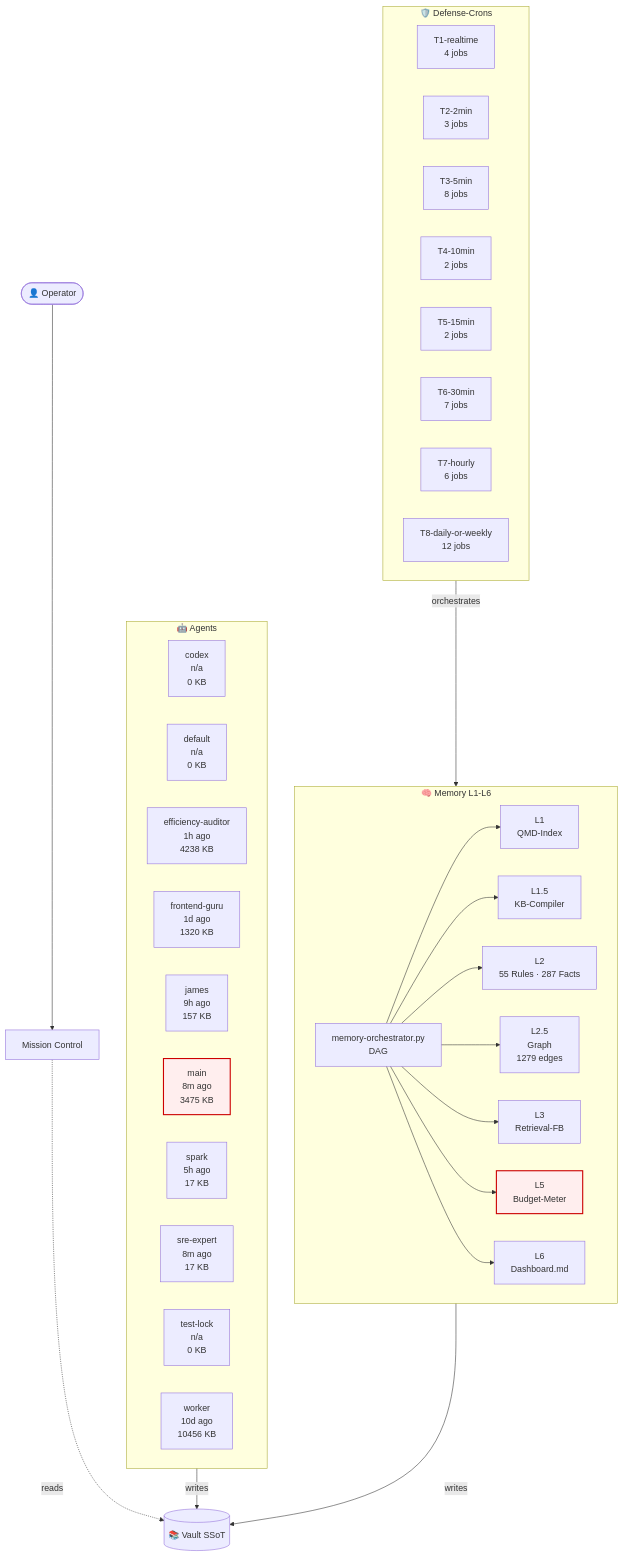
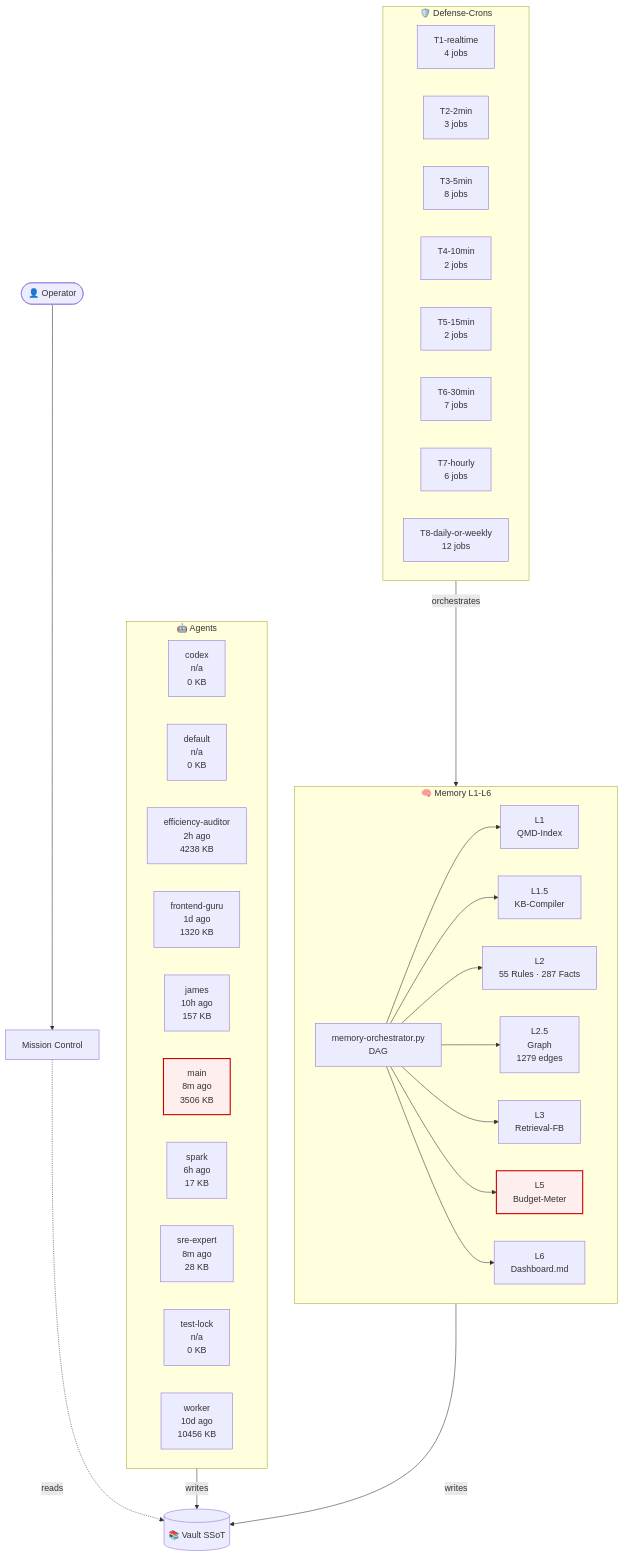
Before and after one commit to lenardhuebner88-rgb/openclaw-memory: the diagram in 03-Agents/architecture-live.md, drawn with Mermaid. The commit also changed other lines of this file and 12 other files, not shown here.

````diff
--- a/03-Agents/architecture-live.md
+++ b/03-Agents/architecture-live.md
@@ -18,53 +18,53 @@
 ```mermaid
 flowchart TB
     classDef critical fill:#fee,stroke:#c00,stroke-width:2px;
     subgraph AGT["🤖 Agents"]
         agent_codex["codex<br/>n/a<br/>0 KB"]
         agent_default["default<br/>n/a<br/>0 KB"]
-        agent_efficiency_auditor["efficiency-auditor<br/>1h ago<br/>4238 KB"]
+        agent_efficiency_auditor["efficiency-auditor<br/>2h ago<br/>4238 KB"]
         agent_frontend_guru["frontend-guru<br/>1d ago<br/>1320 KB"]
-        agent_james["james<br/>9h ago<br/>157 KB"]
-        agent_main["main<br/>8m ago<br/>3475 KB"]
-        agent_spark["spark<br/>5h ago<br/>17 KB"]
-        agent_sre_expert["sre-expert<br/>8m ago<br/>17 KB"]
+        agent_james["james<br/>10h ago<br/>157 KB"]
+        agent_main["main<br/>8m ago<br/>3506 KB"]
+        agent_spark["spark<br/>6h ago<br/>17 KB"]
+        agent_sre_expert["sre-expert<br/>8m ago<br/>28 KB"]
         agent_test_lock["test-lock<br/>n/a<br/>0 KB"]
         agent_worker["worker<br/>10d ago<br/>10456 KB"]
     end
     subgraph MEM["🧠 Memory L1-L6"]
         L1["L1<br/>QMD-Index"]
         L15["L1.5<br/>KB-Compiler"]
         L2["L2<br/>55 Rules · 287 Facts"]
         L25["L2.5<br/>Graph<br/>1279 edges"]
         L3["L3<br/>Retrieval-FB"]
         L5["L5<br/>Budget-Meter"]
         L6["L6<br/>Dashboard.md"]
         ORCH["memory-orchestrator.py<br/>DAG"]
     end
     subgraph CRN["🛡️ Defense-Crons"]
         tier_T1_realtime["T1-realtime<br/>4 jobs"]
         tier_T2_2min["T2-2min<br/>3 jobs"]
         tier_T3_5min["T3-5min<br/>8 jobs"]
         tier_T4_10min["T4-10min<br/>2 jobs"]
         tier_T5_15min["T5-15min<br/>2 jobs"]
         tier_T6_30min["T6-30min<br/>7 jobs"]
         tier_T7_hourly["T7-hourly<br/>6 jobs"]
         tier_T8_daily_or_weekly["T8-daily-or-weekly<br/>12 jobs"]
     end
     VAULT[("📚 Vault SSoT")]
     OP([👤 Operator])
     MC["Mission Control"]
     OP --> MC
     MC -.reads.-> VAULT
     AGT -->|writes| VAULT
     MEM -->|writes| VAULT
     ORCH --> L1
     ORCH --> L15
     ORCH --> L2
     ORCH --> L25
     ORCH --> L3
     ORCH --> L5
     ORCH --> L6
     CRN -->|orchestrates| MEM
     class L5 critical
     class agent_main critical
 ```
````
